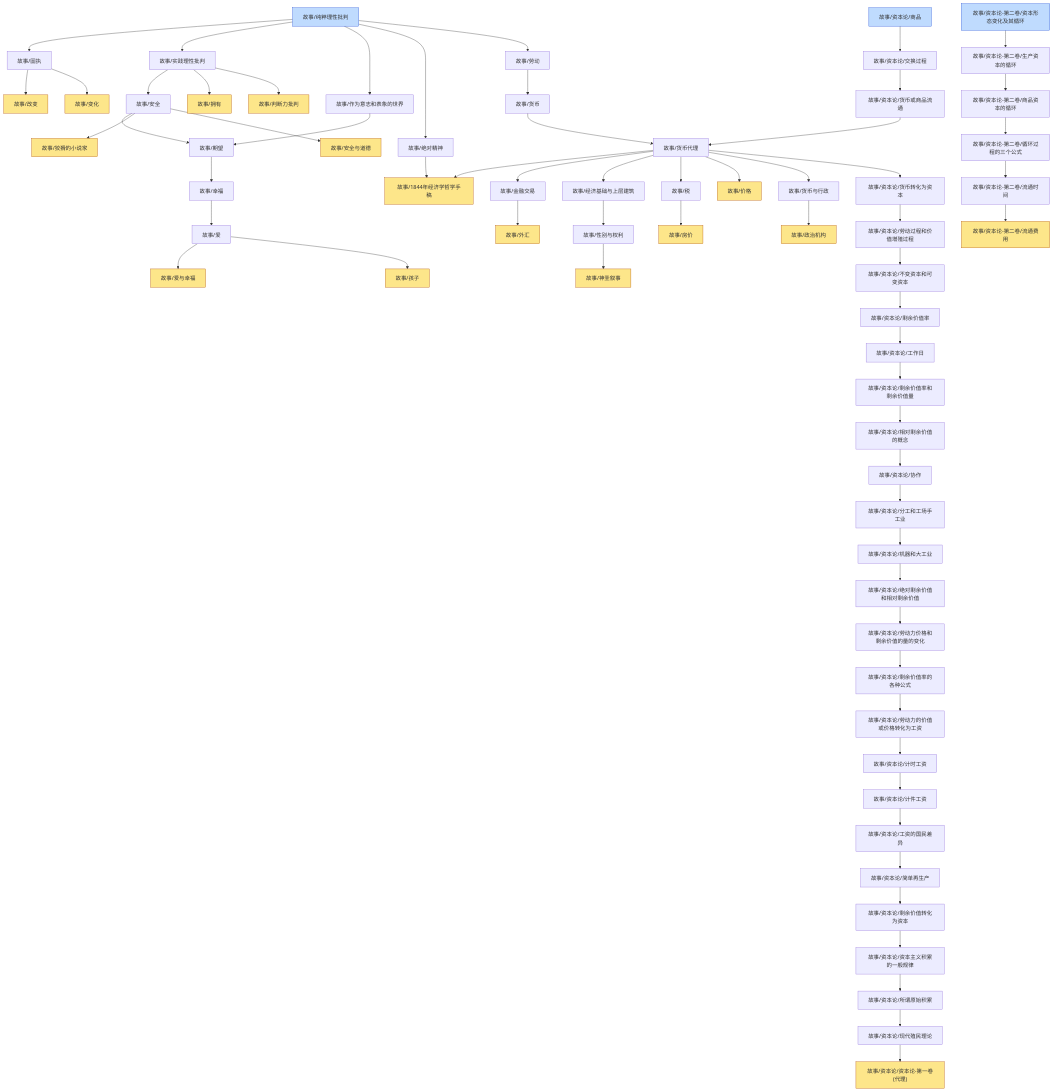
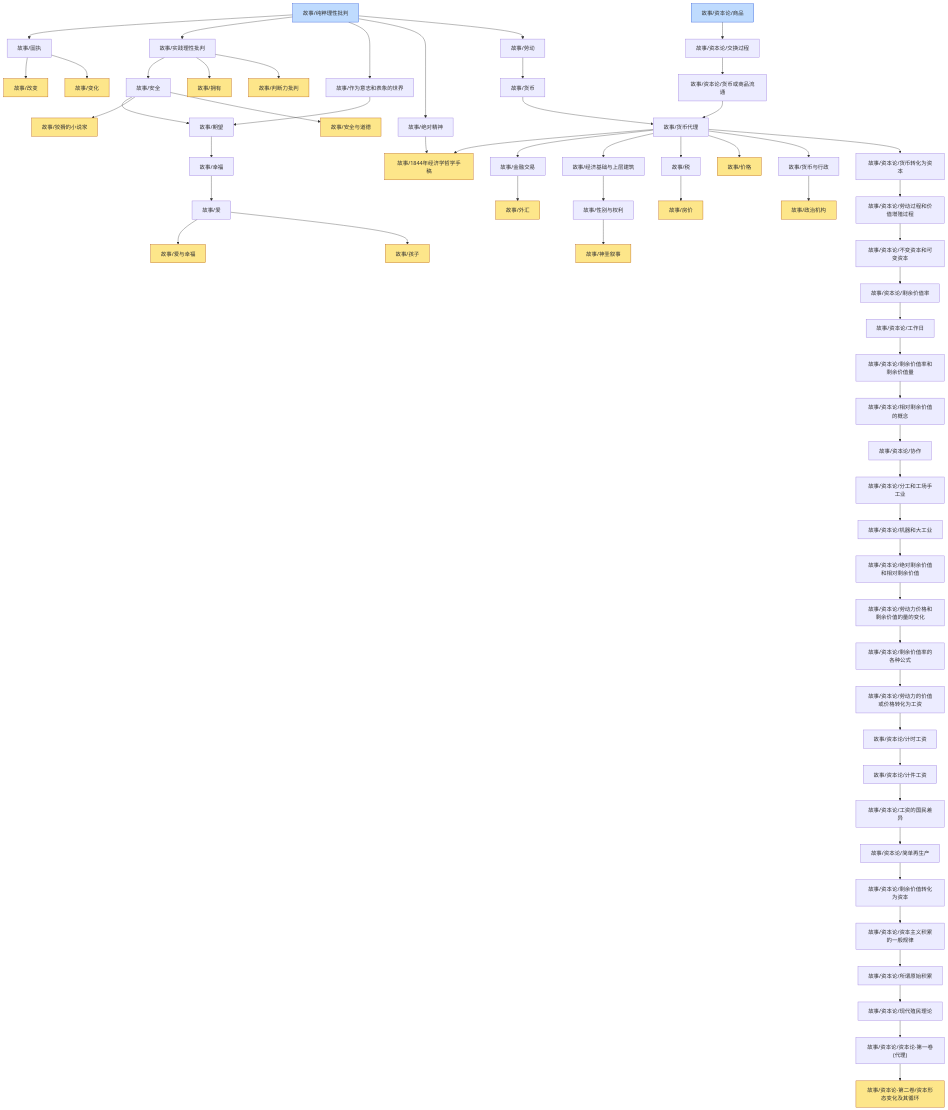
One commit to zeroDtree/zeroDtree.github.io changed the diagram in content/故事/dependency_graph.md. Above: the diagram before and after it, drawn with Mermaid. The commit also changed 8 other files, not shown here.

````diff
--- a/content/故事/dependency_graph.md
+++ b/content/故事/dependency_graph.md
@@ -1,70 +1,66 @@
 ```mermaid
 graph TD
 1["故事/纯粹理性批判"] --> 0["故事/固执"]
 3["故事/经济基础与上层建筑"] --> 2["故事/性别与权利"]
 0["故事/固执"] --> 4["故事/改变"]
 6["故事/货币代理"] --> 5["故事/1844年经济学哲学手稿"]
 7["故事/绝对精神"] --> 5["故事/1844年经济学哲学手稿"]
 6["故事/货币代理"] --> 8["故事/金融交易"]
 10["故事/作为意志和表象的世界"] --> 9["故事/期望"]
 11["故事/安全"] --> 9["故事/期望"]
 11["故事/安全"] --> 12["故事/狡猾的小说家"]
 14["故事/货币与行政"] --> 13["故事/政治机构"]
 1["故事/纯粹理性批判"] --> 15["故事/实践理性批判"]
 15["故事/实践理性批判"] --> 11["故事/安全"]
 6["故事/货币代理"] --> 3["故事/经济基础与上层建筑"]
 8["故事/金融交易"] --> 16["故事/外汇"]
 15["故事/实践理性批判"] --> 17["故事/拥有"]
 6["故事/货币代理"] --> 18["故事/税"]
 18["故事/税"] --> 19["故事/房价"]
 0["故事/固执"] --> 20["故事/变化"]
 22["故事/幸福"] --> 21["故事/爱"]
 6["故事/货币代理"] --> 23["故事/价格"]
 24["故事/货币"] --> 6["故事/货币代理"]
 25["故事/资本论/货币或商品流通"] --> 6["故事/货币代理"]
 1["故事/纯粹理性批判"] --> 10["故事/作为意志和表象的世界"]
 1["故事/纯粹理性批判"] --> 7["故事/绝对精神"]
 6["故事/货币代理"] --> 14["故事/货币与行政"]
 11["故事/安全"] --> 26["故事/安全与道德"]
 2["故事/性别与权利"] --> 27["故事/神圣叙事"]
 21["故事/爱"] --> 28["故事/爱与幸福"]
 29["故事/劳动"] --> 24["故事/货币"]
 21["故事/爱"] --> 30["故事/孩子"]
 1["故事/纯粹理性批判"] --> 29["故事/劳动"]
 15["故事/实践理性批判"] --> 31["故事/判断力批判"]
 9["故事/期望"] --> 22["故事/幸福"]
 33["故事/资本论/不变资本和可变资本"] --> 32["故事/资本论/剩余价值率"]
 35["故事/资本论/所谓原始积累"] --> 34["故事/资本论/现代殖民理论"]
 36["故事/资本论/交换过程"] --> 25["故事/资本论/货币或商品流通"]
 38["故事/资本论/剩余价值转化为资本"] --> 37["故事/资本论/资本主义积累的一般规律"]
 40["故事/资本论/劳动力的价值或价格转化为工资"] --> 39["故事/资本论/计时工资"]
 42["故事/资本论/机器和大工业"] --> 41["故事/资本论/绝对剩余价值和相对剩余价值"]
 34["故事/资本论/现代殖民理论"] --> 43["故事/资本论/资本论-第一卷(代理)"]
 45["故事/资本论/货币转化为资本"] --> 44["故事/资本论/劳动过程和价值增殖过程"]
 44["故事/资本论/劳动过程和价值增殖过程"] --> 33["故事/资本论/不变资本和可变资本"]
 47["故事/资本论/相对剩余价值的概念"] --> 46["故事/资本论/协作"]
 37["故事/资本论/资本主义积累的一般规律"] --> 35["故事/资本论/所谓原始积累"]
 48["故事/资本论/分工和工场手工业"] --> 42["故事/资本论/机器和大工业"]
 6["故事/货币代理"] --> 45["故事/资本论/货币转化为资本"]
 49["故事/资本论/商品"] --> 36["故事/资本论/交换过程"]
 51["故事/资本论/工资的国民差异"] --> 50["故事/资本论/简单再生产"]
 39["故事/资本论/计时工资"] --> 52["故事/资本论/计件工资"]
 41["故事/资本论/绝对剩余价值和相对剩余价值"] --> 53["故事/资本论/劳动力价格和剩余价值的量的变化"]
 50["故事/资本论/简单再生产"] --> 38["故事/资本论/剩余价值转化为资本"]
 52["故事/资本论/计件工资"] --> 51["故事/资本论/工资的国民差异"]
 46["故事/资本论/协作"] --> 48["故事/资本论/分工和工场手工业"]
 54["故事/资本论/剩余价值率的各种公式"] --> 40["故事/资本论/劳动力的价值或价格转化为工资"]
 56["故事/资本论/工作日"] --> 55["故事/资本论/剩余价值率和剩余价值量"]
 53["故事/资本论/劳动力价格和剩余价值的量的变化"] --> 54["故事/资本论/剩余价值率的各种公式"]
 55["故事/资本论/剩余价值率和剩余价值量"] --> 47["故事/资本论/相对剩余价值的概念"]
 32["故事/资本论/剩余价值率"] --> 56["故事/资本论/工作日"]
-59["故事/资本论-第二卷/流通时间"] --> 58["故事/资本论-第二卷/流通费用"]
-61["故事/资本论-第二卷/商品资本的循环"] --> 60["故事/资本论-第二卷/循环过程的三个公式"]
-62["故事/资本论-第二卷/生产资本的循环"] --> 61["故事/资本论-第二卷/商品资本的循环"]
-57["故事/资本论-第二卷/资本形态变化及其循环"] --> 62["故事/资本论-第二卷/生产资本的循环"]
-60["故事/资本论-第二卷/循环过程的三个公式"] --> 59["故事/资本论-第二卷/流通时间"]
+43["故事/资本论/资本论-第一卷(代理)"] --> 57["故事/资本论-第二卷/资本形态变化及其循环"]
 classDef leaf fill:#fde68a,stroke:#b45309
-class 4,5,12,13,16,17,19,20,23,26,27,28,30,31,43,58 leaf
+class 4,5,12,13,16,17,19,20,23,26,27,28,30,31,57 leaf
 classDef root fill:#bfdbfe,stroke:#1d4ed8
-class 1,49,57 root
+class 1,49 root
 ```
````
